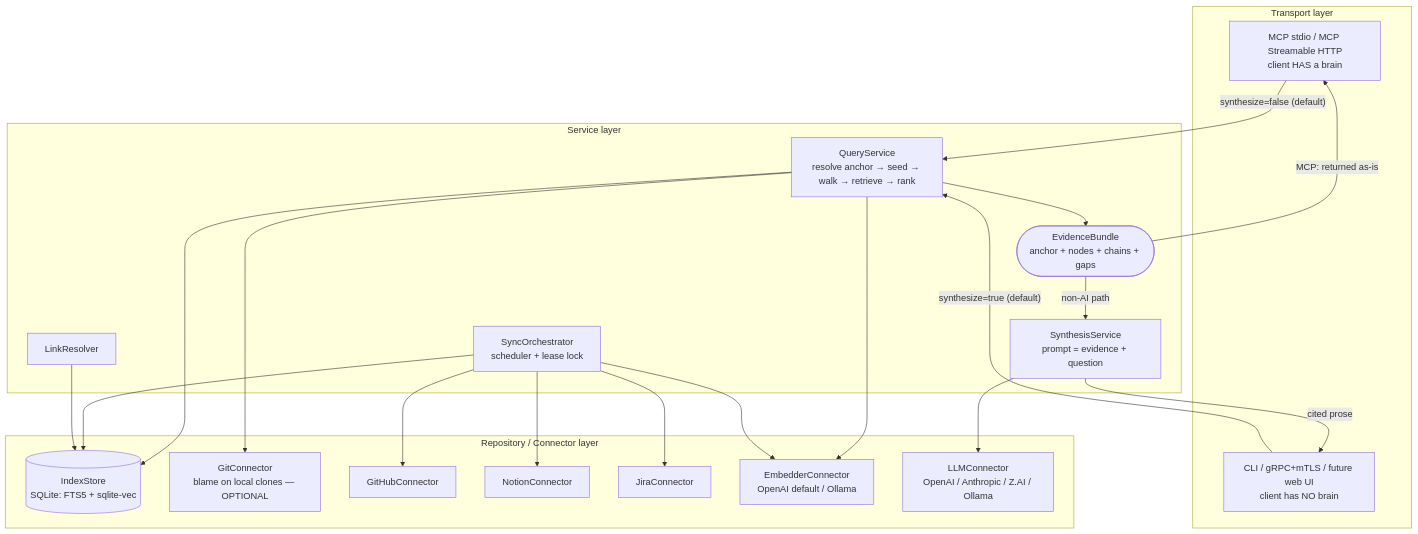
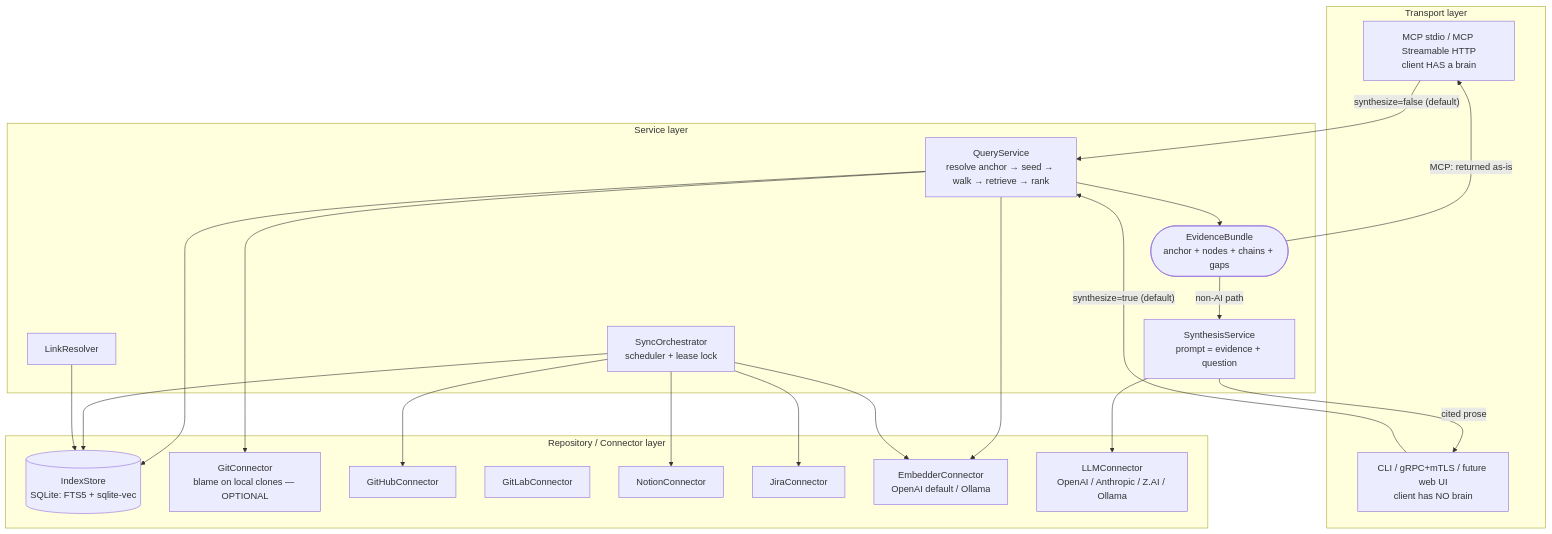
The first of 3 diagrams in docs/v3/02-architecture.md (setthasit/Lore), drawn with Mermaid before and after one commit. The commit also changed other lines of this file and 26 other files, not shown here.

First line of the commit message:
[AI] add the GitLab connector

````diff
--- a/docs/v3/02-architecture.md
+++ b/docs/v3/02-architecture.md
@@ -27,33 +27,34 @@
 ```mermaid
 flowchart TB
     subgraph T [Transport layer]
         MCP[MCP stdio / MCP Streamable HTTP<br/>client HAS a brain]
         NAI[CLI / gRPC+mTLS / future web UI<br/>client has NO brain]
     end
     subgraph S [Service layer]
         QS[QueryService<br/>resolve anchor → seed → walk → retrieve → rank]
         EB([EvidenceBundle<br/>anchor + nodes + chains + gaps])
         SY[SynthesisService<br/>prompt = evidence + question]
         SO[SyncOrchestrator<br/>scheduler + lease lock]
         LR[LinkResolver]
     end
     subgraph RC [Repository / Connector layer]
         ST[(IndexStore<br/>SQLite: FTS5 + sqlite-vec)]
         GIT[GitConnector<br/>blame on local clones — OPTIONAL]
         GHC[GitHubConnector]
+        GLC[GitLabConnector]
         NTC[NotionConnector]
         JRC[JiraConnector]
         EMB[EmbedderConnector<br/>OpenAI default / Ollama]
         LLM[LLMConnector<br/>OpenAI / Anthropic / Z.AI / Ollama]
     end
     MCP -->|"synthesize=false (default)"| QS
     NAI -->|"synthesize=true (default)"| QS
     QS --> ST & GIT & EMB
     QS --> EB
     EB -->|MCP: returned as-is| MCP
     EB -->|non-AI path| SY
     SY --> LLM
     SY -->|cited prose| NAI
     SO --> GHC & NTC & JRC & EMB & ST
     LR --> ST
 ```
````
